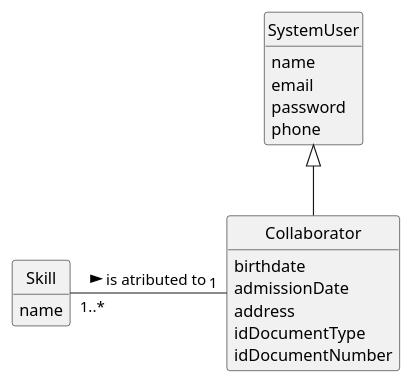
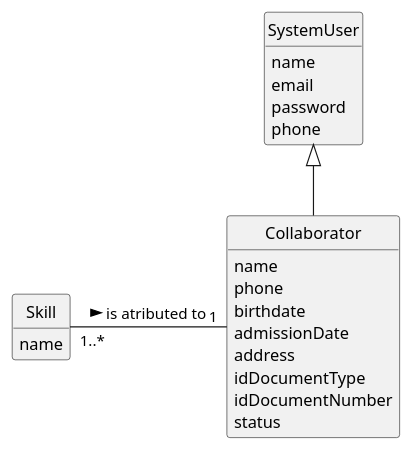
Before and after one commit to Departamento-de-Engenharia-Informatica/lei-24-s2-1do-g164: the diagram in docs/sprintB/us004/02.analysis/puml/us004-domain-model.puml, drawn with PlantUML. The commit also changed 15 other files, not shown here.

```diff
--- a/docs/sprintB/us004/02.analysis/puml/us004-domain-model.puml
+++ b/docs/sprintB/us004/02.analysis/puml/us004-domain-model.puml
@@ -1,37 +1,40 @@
 @startuml
 skinparam monochrome true
 skinparam packageStyle rectangle
 skinparam shadowing false
 
 'left to right direction
 
 skinparam classAttributeIconSize 0
 
 hide circle
 hide methods
 
 class SystemUser {
     name
     email
     password
     phone
 
 }
 
 
 class Collaborator {
-    birthdate
-    admissionDate
-    address
-    idDocumentType
-    idDocumentNumber
+   name
+      phone
+      birthdate
+      admissionDate
+      address
+      idDocumentType
+      idDocumentNumber
+      status
 }
 
 class Skill {
     name
 }
 
 
 Skill "1..*" - "1" Collaborator: is atributed to >
 SystemUser <|-- Collaborator
 @enduml
```
